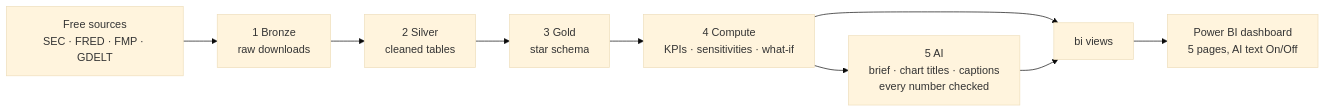
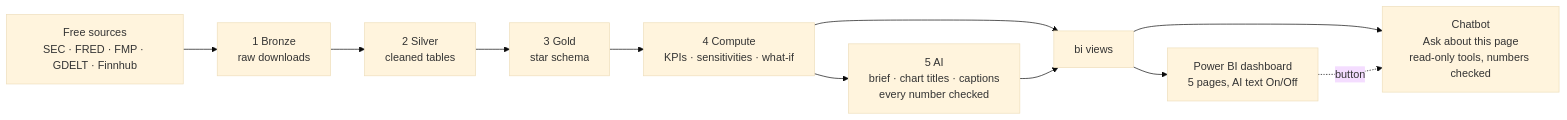
One commit to faressshady7/exec-dashboard changed the diagram in README.md. Above: the diagram before and after it, drawn with Mermaid (base theme). The commit also changed other lines of this file and 23 other files, not shown here.

````diff
--- a/README.md
+++ b/README.md
@@ -15,11 +15,13 @@
 ```mermaid
 flowchart LR
-    A[Free sources<br>SEC · FRED · FMP · GDELT] --> B[1 Bronze<br>raw downloads]
+    A[Free sources<br>SEC · FRED · FMP · GDELT · Finnhub] --> B[1 Bronze<br>raw downloads]
     B --> C[2 Silver<br>cleaned tables]
     C --> D[3 Gold<br>star schema]
     D --> E[4 Compute<br>KPIs · sensitivities · what-if]
     E --> F[5 AI<br>brief · chart titles · captions<br>every number checked]
     E --> G[bi views]
     F --> G
     G --> H[Power BI dashboard<br>5 pages, AI text On/Off]
+    G --> I[Chatbot<br>Ask about this page<br>read-only tools, numbers checked]
+    H -. button .-> I
 ```
````
